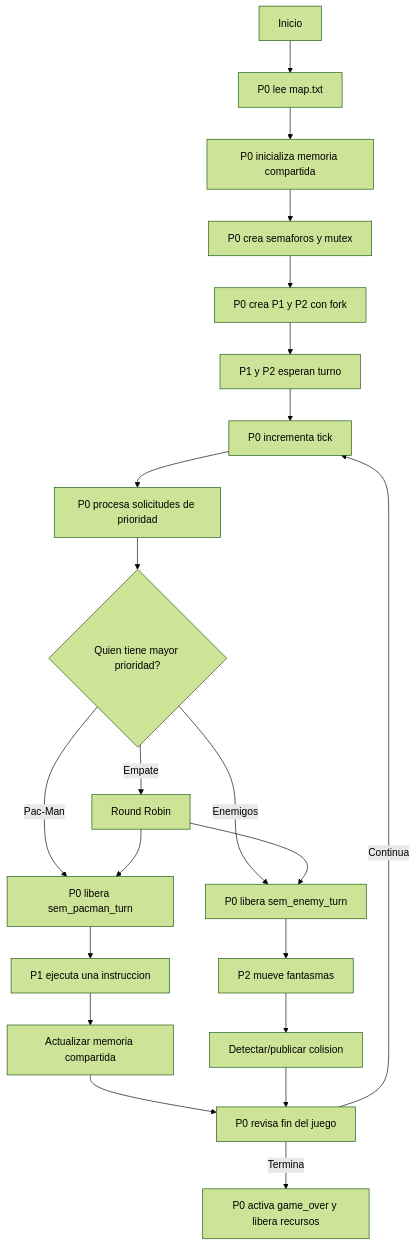
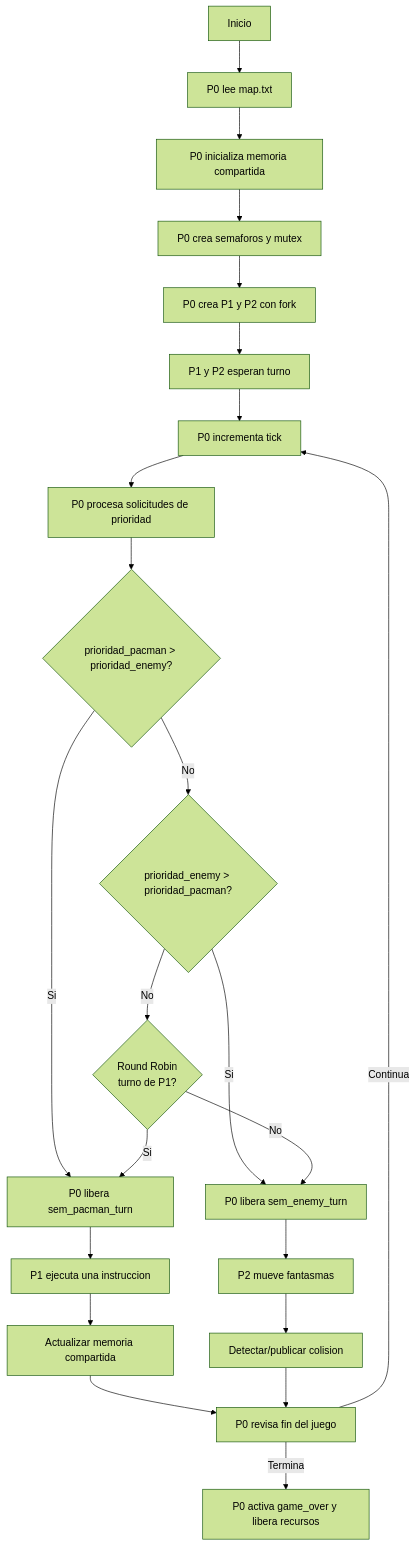
One commit to leonardopanduro-rgb/Proyecto-Sistemas- changed the eighth of 9 diagrams in GUIA_COMPLETA_PACMAN_CONCURRENTE.md. Above: the diagram before and after it, drawn with Mermaid (forest theme). The commit also changed other lines of this file, not shown here.

Commit message:
Refine Pac-Man architecture diagrams

````diff
--- a/GUIA_COMPLETA_PACMAN_CONCURRENTE.md
+++ b/GUIA_COMPLETA_PACMAN_CONCURRENTE.md
@@ -832,24 +867,25 @@
 ```mermaid
 flowchart TD
     A["Inicio"] --> B["P0 lee map.txt"]
     B --> C["P0 inicializa memoria compartida"]
     C --> D["P0 crea semaforos y mutex"]
     D --> E["P0 crea P1 y P2 con fork"]
     E --> F["P1 y P2 esperan turno"]
     F --> G["P0 incrementa tick"]
     G --> H["P0 procesa solicitudes de prioridad"]
-    H --> I{"Quien tiene mayor prioridad?"}
-    I -->|Pac-Man| J["P0 libera sem_pacman_turn"]
-    I -->|Enemigos| K["P0 libera sem_enemy_turn"]
-    I -->|Empate| L["Round Robin"]
-    L --> J
-    L --> K
+    H --> I{"prioridad_pacman > prioridad_enemy?"}
+    I -->|Si| J["P0 libera sem_pacman_turn"]
+    I -->|No| L{"prioridad_enemy > prioridad_pacman?"}
+    L -->|Si| K["P0 libera sem_enemy_turn"]
+    L -->|No| RR{"Round Robin<br/>turno de P1?"}
+    RR -->|Si| J
+    RR -->|No| K
     J --> M["P1 ejecuta una instruccion"]
     K --> N["P2 mueve fantasmas"]
     M --> O["Actualizar memoria compartida"]
     N --> P["Detectar/publicar colision"]
     O --> Q["P0 revisa fin del juego"]
     P --> Q
     Q -->|Continua| G
     Q -->|Termina| R["P0 activa game_over y libera recursos"]
 ```
````
